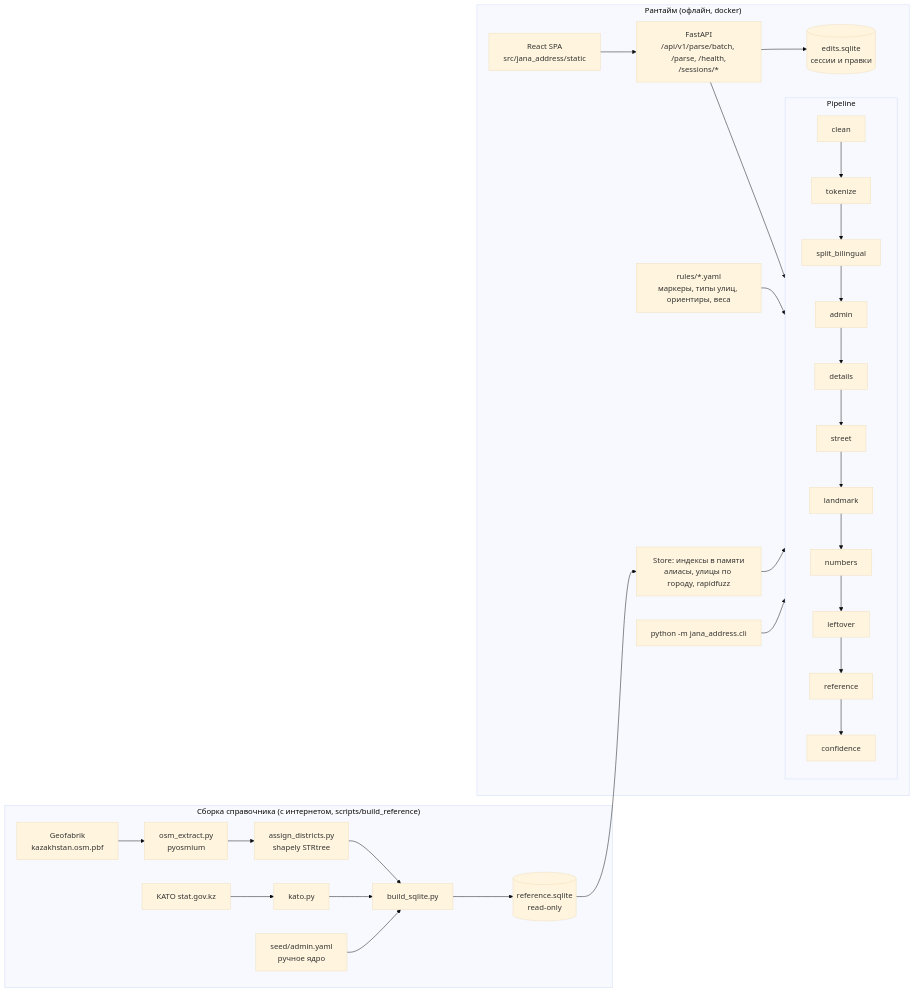
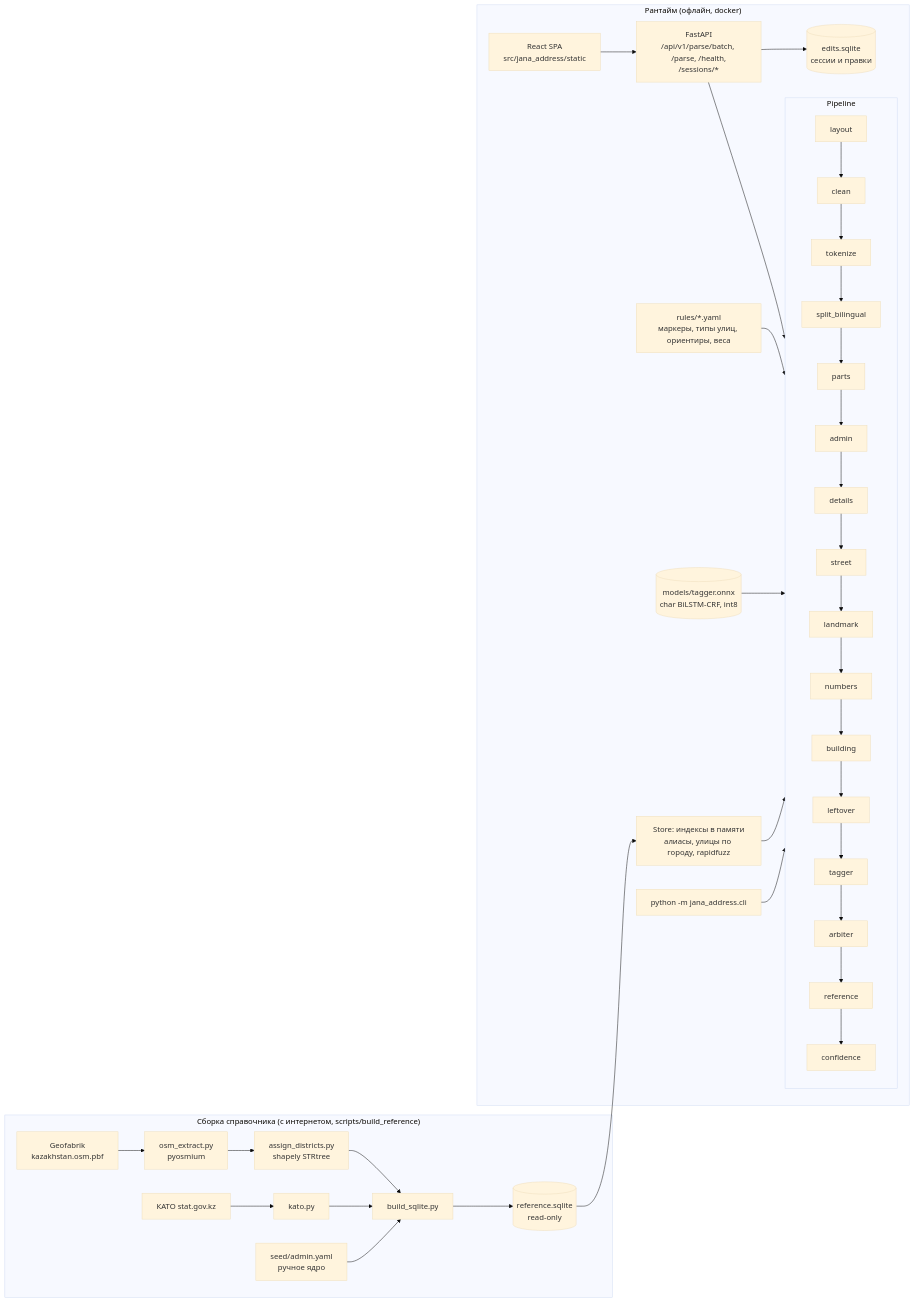
Before and after one commit to mryodaa/JanaAddress: the diagram in docs/ARCHITECTURE.md, drawn with Mermaid (base theme). The commit also changed other lines of this file and 101 other files, not shown here.

````diff
--- a/docs/ARCHITECTURE.md
+++ b/docs/ARCHITECTURE.md
@@ -5,27 +5,29 @@
 ```mermaid
 flowchart LR
     subgraph build["Сборка справочника (с интернетом, scripts/build_reference)"]
         G[Geofabrik<br/>kazakhstan.osm.pbf] --> X[osm_extract.py<br/>pyosmium]
         X --> A[assign_districts.py<br/>shapely STRtree]
         K[КАТО stat.gov.kz] --> KP[kato.py]
         S[seed/admin.yaml<br/>ручное ядро] --> B
         A --> B[build_sqlite.py]
         KP --> B
         B --> R[(reference.sqlite<br/>read-only)]
     end
 
     subgraph runtime["Рантайм (офлайн, docker)"]
         R --> ST[Store: индексы в памяти<br/>алиасы, улицы по городу, rapidfuzz]
         RU[rules/*.yaml<br/>маркеры, типы улиц, ориентиры, веса] --> P
+        M[(models/tagger.onnx<br/>char BiLSTM-CRF, int8)] --> P
         ST --> P
         subgraph P["Pipeline"]
             direction TB
-            s1[clean] --> s2[tokenize] --> s3[split_bilingual] --> s4[admin] --> s5[details]
-            s5 --> s6[street] --> s7[landmark] --> s8[numbers] --> s9[leftover] --> s10[reference] --> s11[confidence]
+            s0[layout] --> s1[clean] --> s2[tokenize] --> s3[split_bilingual] --> p3[parts] --> s4[admin] --> s5[details]
+            s5 --> s6[street] --> s7[landmark] --> s8[numbers] --> b8[building] --> s9[leftover] --> t1[tagger] --> t2[arbiter]
+            t2 --> s10[reference] --> s11[confidence]
         end
         API[FastAPI<br/>/api/v1/parse/batch, /parse, /health,<br/>/sessions/*] --> P
         CLI[python -m jana_address.cli] --> P
         UI[React SPA<br/>src/jana_address/static] --> API
         API --> E[(edits.sqlite<br/>сессии и правки)]
     end
 ```
````
